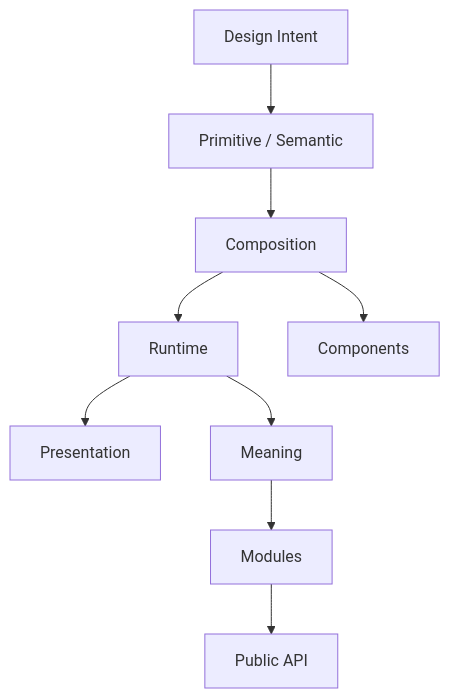
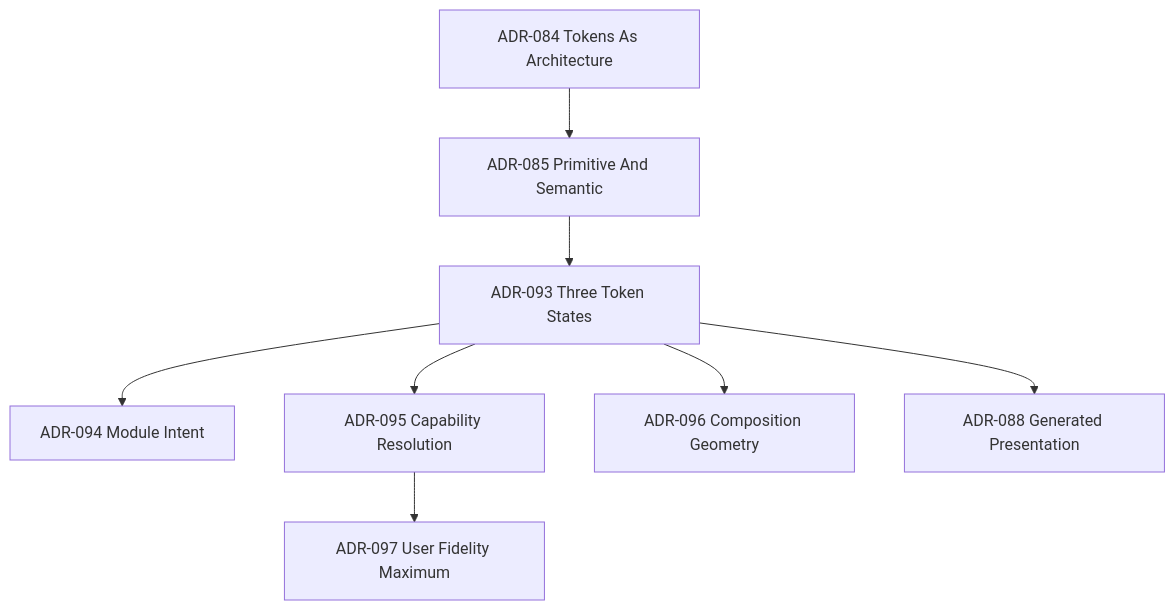
Before and after one commit to mosaic-media/architecture: the diagram in docs/design/system/mds-001-design-token-architecture/12-adrs.md, drawn with Mermaid. The commit also changed other lines of this file and 19 other files, not shown here.

Commit message:
docs(mds-001): simplify token resolution architecture

````diff
--- a/docs/design/system/mds-001-design-token-architecture/12-adrs.md
+++ b/docs/design/system/mds-001-design-token-architecture/12-adrs.md
@@ -280,30 +267,20 @@
 ```mermaid
 flowchart TD
 
-ADR084["Design Intent"]
+A84["ADR-084 Tokens As Architecture"]
+A85["ADR-085 Primitive And Semantic"]
+A93["ADR-093 Three Token States"]
+A94["ADR-094 Module Intent"]
+A95["ADR-095 Capability Resolution"]
+A96["ADR-096 Composition Geometry"]
+A97["ADR-097 User Fidelity Maximum"]
+A88["ADR-088 Generated Presentation"]
 
-ADR085["Primitive / Semantic"]
-
-ADR086["Composition"]
-
-ADR087["Runtime"]
-
-ADR088["Presentation"]
-
-ADR089["Components"]
-
-ADR090["Meaning"]
-
-ADR091["Modules"]
-
-ADR092["Public API"]
-
-ADR084 --> ADR085
-ADR085 --> ADR086
-ADR086 --> ADR087
-ADR087 --> ADR088
-ADR086 --> ADR089
-ADR087 --> ADR090
-ADR090 --> ADR091
-ADR091 --> ADR092
+A84 --> A85
+A85 --> A93
+A93 --> A94
+A93 --> A95
+A93 --> A96
+A95 --> A97
+A93 --> A88
 ```
````
